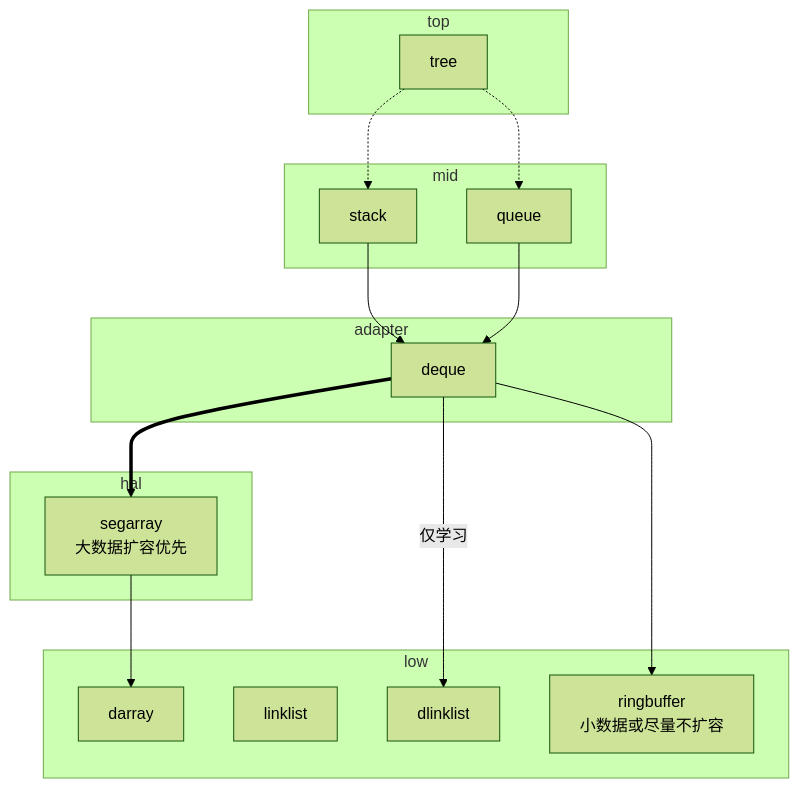
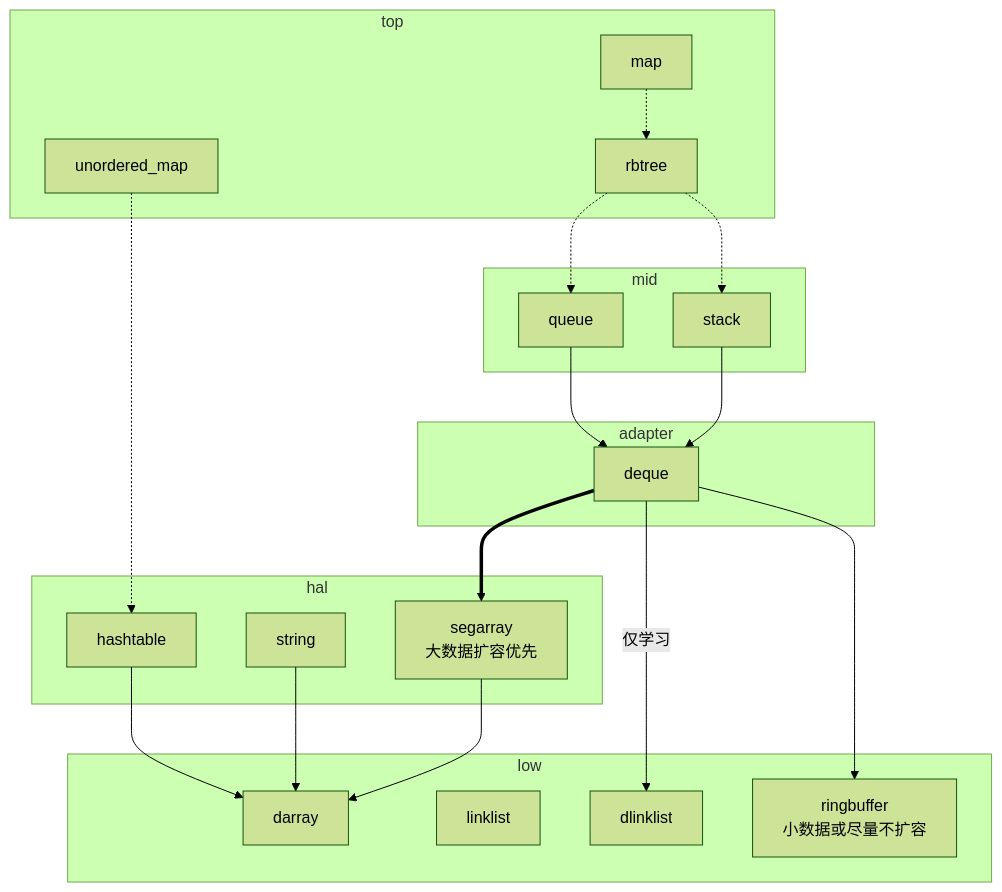
One commit to Orig5826/unicstl changed the diagram in doc/README.md. Above: the diagram before and after it, drawn with Mermaid (forest theme). The commit also changed 9 other files, not shown here.

````diff
--- a/doc/README.md
+++ b/doc/README.md
@@ -5,29 +5,34 @@
 ```mermaid
 flowchart TB
     subgraph low
         darray
         linklist
         dlinklist
         ringbuffer[ringbuffer<br>小数据或尽量不扩容]
     end
 
     subgraph hal
         segarray[segarray<br>大数据扩容优先] --> darray
+        string --> darray
+        hashtable --> darray
     end
 
     subgraph adapter
         deque -->|仅学习| dlinklist
         deque ==> segarray
         deque --> ringbuffer
     end
 
     subgraph mid
         stack --> deque
         queue --> deque
     end
 
     subgraph top
-        tree -.-> stack
-        tree -.-> queue
+        rbtree -.-> stack
+        rbtree -.-> queue
+
+        map -.-> rbtree
+        unordered_map -.-> hashtable
     end
 ```
````
